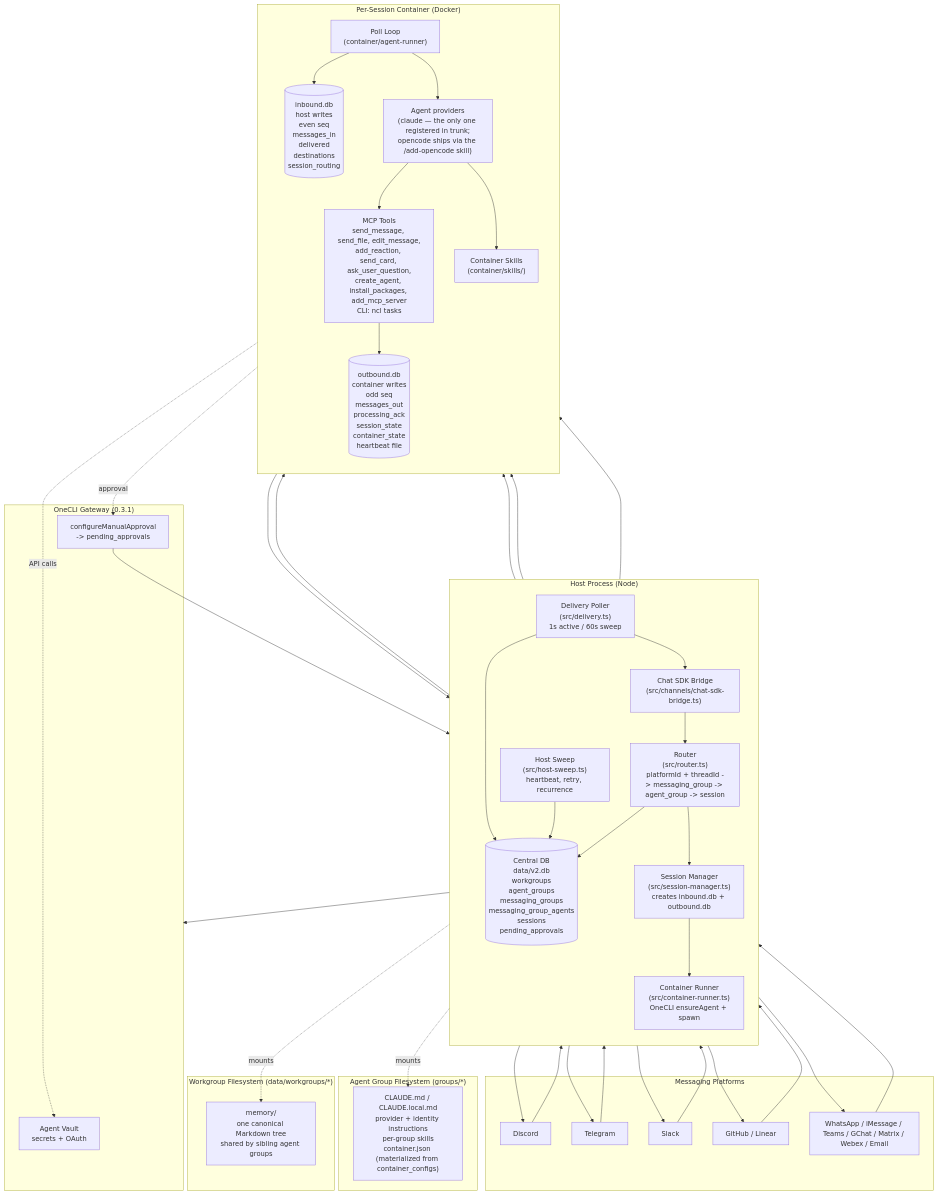
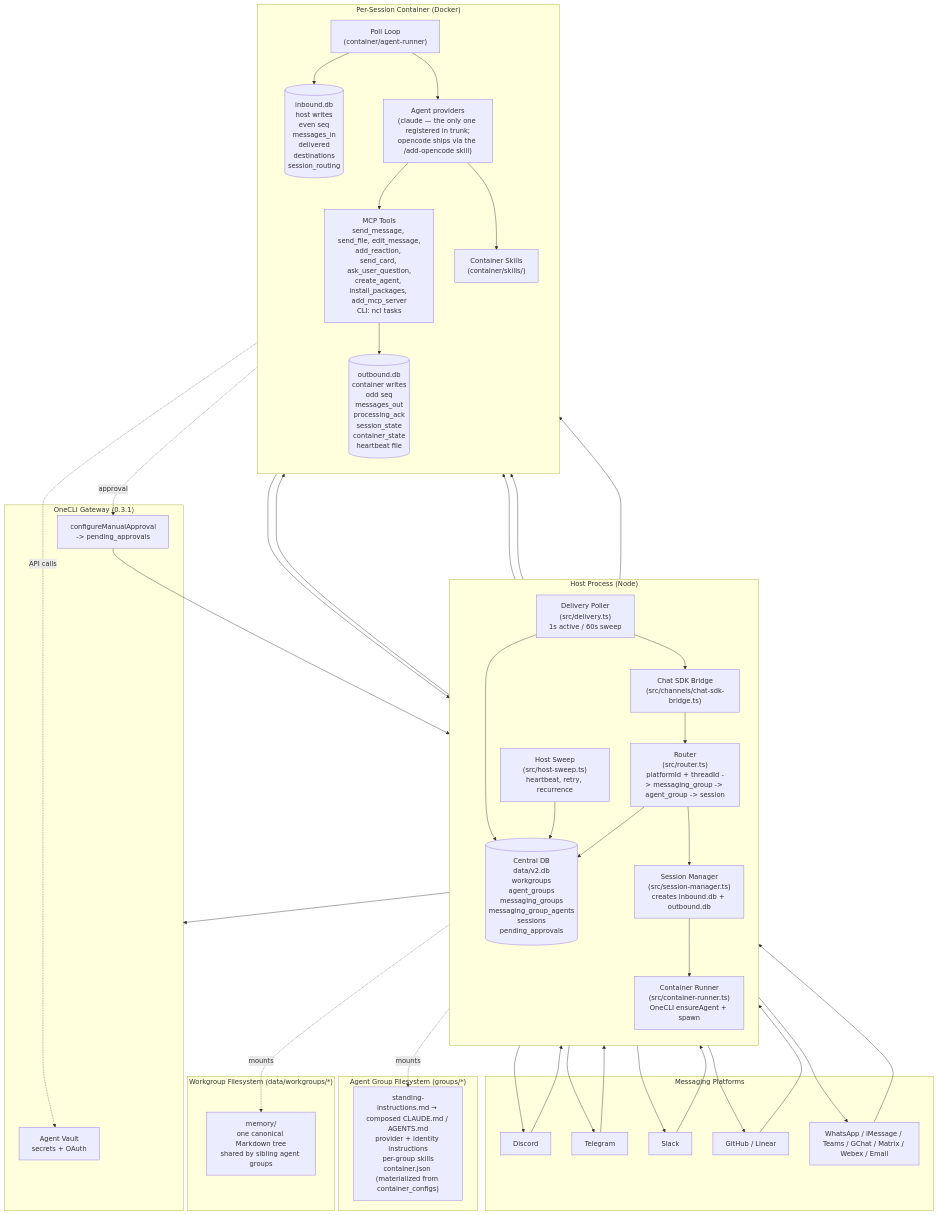
The first of 5 diagrams in docs/architecture-diagram.md (davekim917/nanoclaw), drawn with Mermaid before and after one commit. The commit also changed 23 other files, not shown here.

````diff
--- a/docs/architecture-diagram.md
+++ b/docs/architecture-diagram.md
@@ -5,70 +5,70 @@
 ```mermaid
 flowchart TB
   subgraph Platforms["Messaging Platforms"]
     P1[Discord]
     P2[Telegram]
     P3[Slack]
     P4[GitHub / Linear]
     P5[WhatsApp / iMessage / Teams / GChat / Matrix / Webex / Email]
   end
 
   subgraph Host["Host Process (Node)"]
     direction TB
     Bridge["Chat SDK Bridge<br/>(src/channels/chat-sdk-bridge.ts)"]
     Router["Router<br/>(src/router.ts)<br/>platformId + threadId -> messaging_group -> agent_group -> session"]
     SessMgr["Session Manager<br/>(src/session-manager.ts)<br/>creates inbound.db + outbound.db"]
     Runner["Container Runner<br/>(src/container-runner.ts)<br/>OneCLI ensureAgent + spawn"]
     Delivery["Delivery Poller<br/>(src/delivery.ts)<br/>1s active / 60s sweep"]
     Sweep["Host Sweep<br/>(src/host-sweep.ts)<br/>heartbeat, retry, recurrence"]
     Central[("Central DB<br/>data/v2.db<br/>workgroups<br/>agent_groups<br/>messaging_groups<br/>messaging_group_agents<br/>sessions<br/>pending_approvals")]
   end
 
   subgraph OneCLI["OneCLI Gateway (0.3.1)"]
     Vault["Agent Vault<br/>secrets + OAuth"]
     Approvals["configureManualApproval<br/>-> pending_approvals"]
   end
 
   subgraph Session["Per-Session Container (Docker)"]
     direction TB
     PollLoop["Poll Loop<br/>(container/agent-runner)"]
     Provider["Agent providers<br/>(claude — the only one registered in trunk;<br/>opencode ships via the /add-opencode skill)"]
     MCP["MCP Tools<br/>send_message, send_file, edit_message,<br/>add_reaction, send_card, ask_user_question,<br/>create_agent, install_packages, add_mcp_server<br/>CLI: ncl tasks"]
     Skills["Container Skills<br/>(container/skills/)"]
     InDB[("inbound.db<br/>host writes<br/>even seq<br/>messages_in<br/>delivered<br/>destinations<br/>session_routing")]
     OutDB[("outbound.db<br/>container writes<br/>odd seq<br/>messages_out<br/>processing_ack<br/>session_state<br/>container_state<br/>heartbeat file")]
   end
 
   subgraph Groups["Agent Group Filesystem (groups/*)"]
-    Folder["CLAUDE.md / CLAUDE.local.md<br/>provider + identity instructions<br/>per-group skills<br/>container.json (materialized from container_configs)"]
+    Folder["standing-instructions.md → composed CLAUDE.md / AGENTS.md<br/>provider + identity instructions<br/>per-group skills<br/>container.json (materialized from container_configs)"]
   end
 
   subgraph Workgroup["Workgroup Filesystem (data/workgroups/*)"]
     Memory["memory/<br/>one canonical Markdown tree<br/>shared by sibling agent groups"]
   end
 
   P1 & P2 & P3 & P4 & P5 --> Bridge
   Bridge --> Router
   Router --> Central
   Router --> SessMgr
   SessMgr --> InDB
   SessMgr --> Runner
   Runner --> OneCLI
   Runner --> PollLoop
   PollLoop --> InDB
   PollLoop --> Provider
   Provider --> MCP
   Provider --> Skills
   MCP --> OutDB
   OutDB --> Delivery
   Delivery --> Central
   Delivery --> Bridge
   Bridge --> P1 & P2 & P3 & P4 & P5
   Sweep --> InDB
   Sweep --> OutDB
   Sweep --> Central
   Runner -.mounts.-> Folder
   Runner -.mounts.-> Memory
   MCP -.approval.-> Approvals
   Approvals --> Central
   Provider -.API calls.-> Vault
 ```
````
